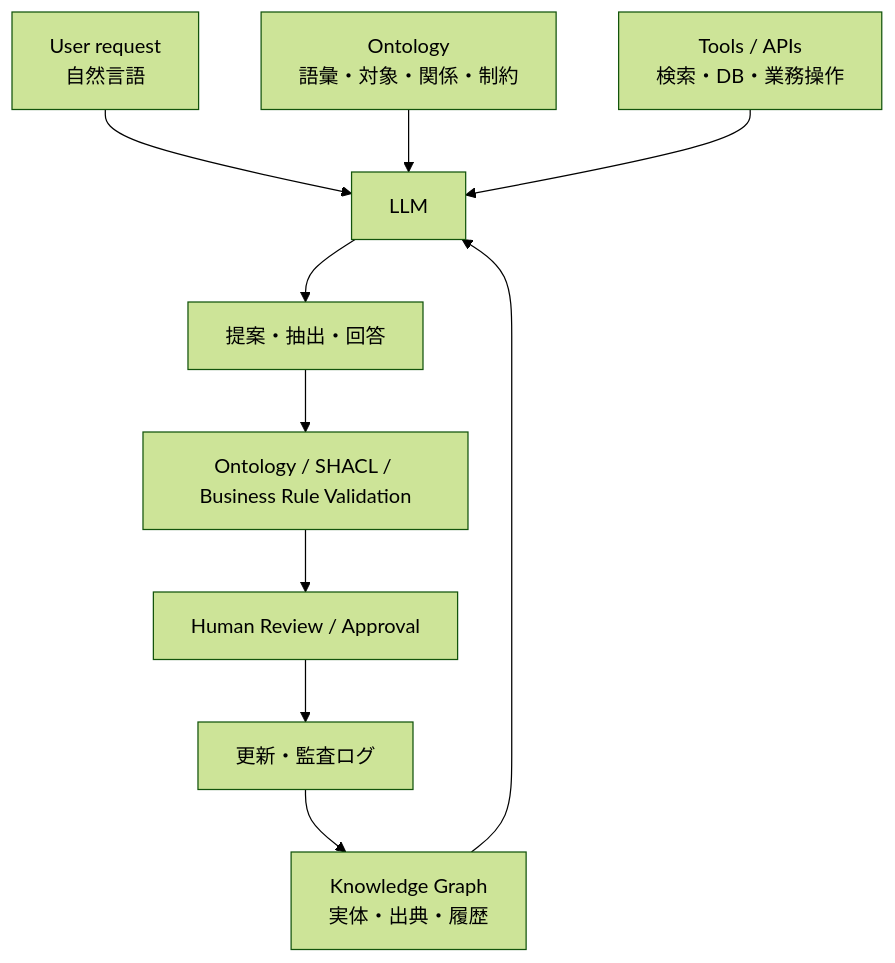
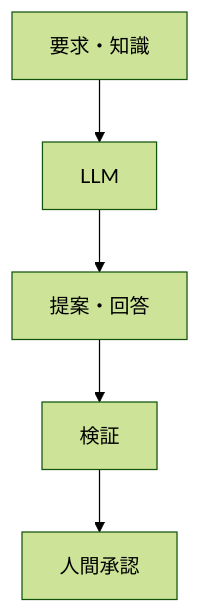
One commit to daylight55/research changed the fourth of 8 diagrams in src/content/blog/ontology-concept.mdx. Above: the diagram before and after it, drawn with Mermaid (forest theme). The commit also changed other lines of this file and 20 other files, not shown here.

Commit message:
Mermaid図の表示サイズを調整

````diff
--- a/src/content/blog/ontology-concept.mdx
+++ b/src/content/blog/ontology-concept.mdx
@@ -218,12 +218,7 @@
 ```mermaid
 flowchart TD
-  User["User request<br/>自然言語"] --> LLM["LLM"]
-  Ont["Ontology<br/>語彙・対象・関係・制約"] --> LLM
-  KG["Knowledge Graph<br/>実体・出典・履歴"] --> LLM
-  Tools["Tools / APIs<br/>検索・DB・業務操作"] --> LLM
-  LLM --> Draft["提案・抽出・回答"]
-  Draft --> Validate["Ontology / SHACL / Business Rule Validation"]
-  Validate --> Human["Human Review / Approval"]
-  Human --> Update["更新・監査ログ"]
-  Update --> KG
+  Ctx["要求・知識"] --> LLM["LLM"]
+  LLM --> Draft["提案・回答"]
+  Draft --> Val["検証"]
+  Val --> Human["人間承認"]
 ```
````
